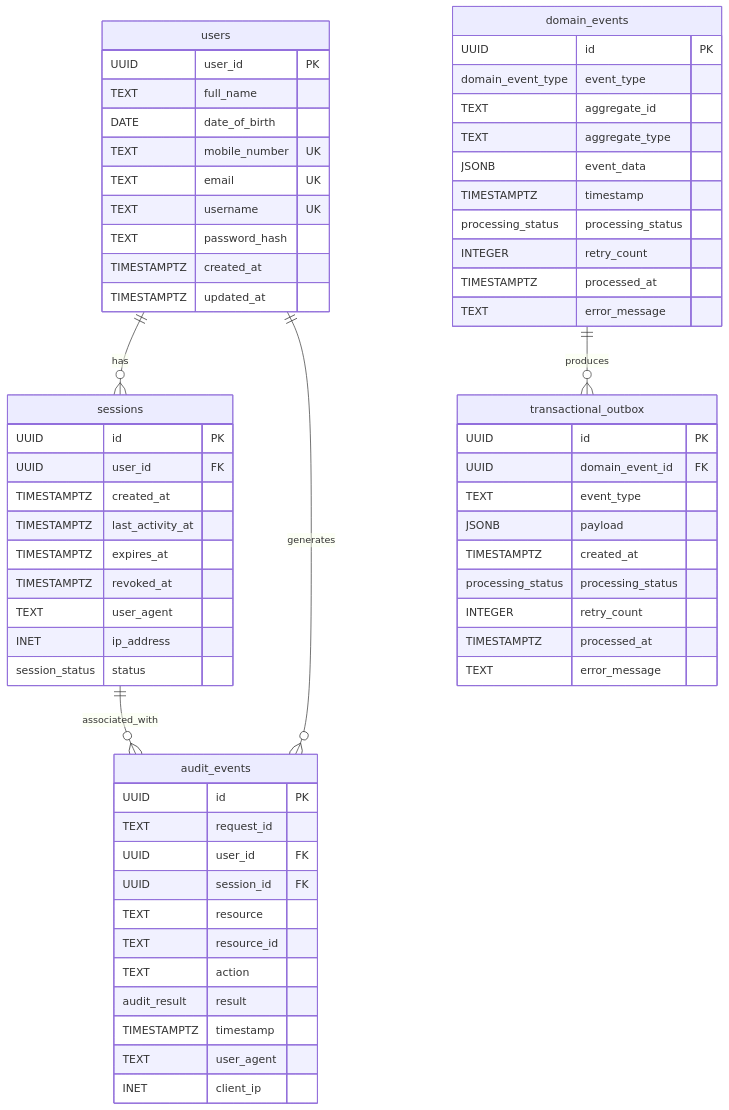
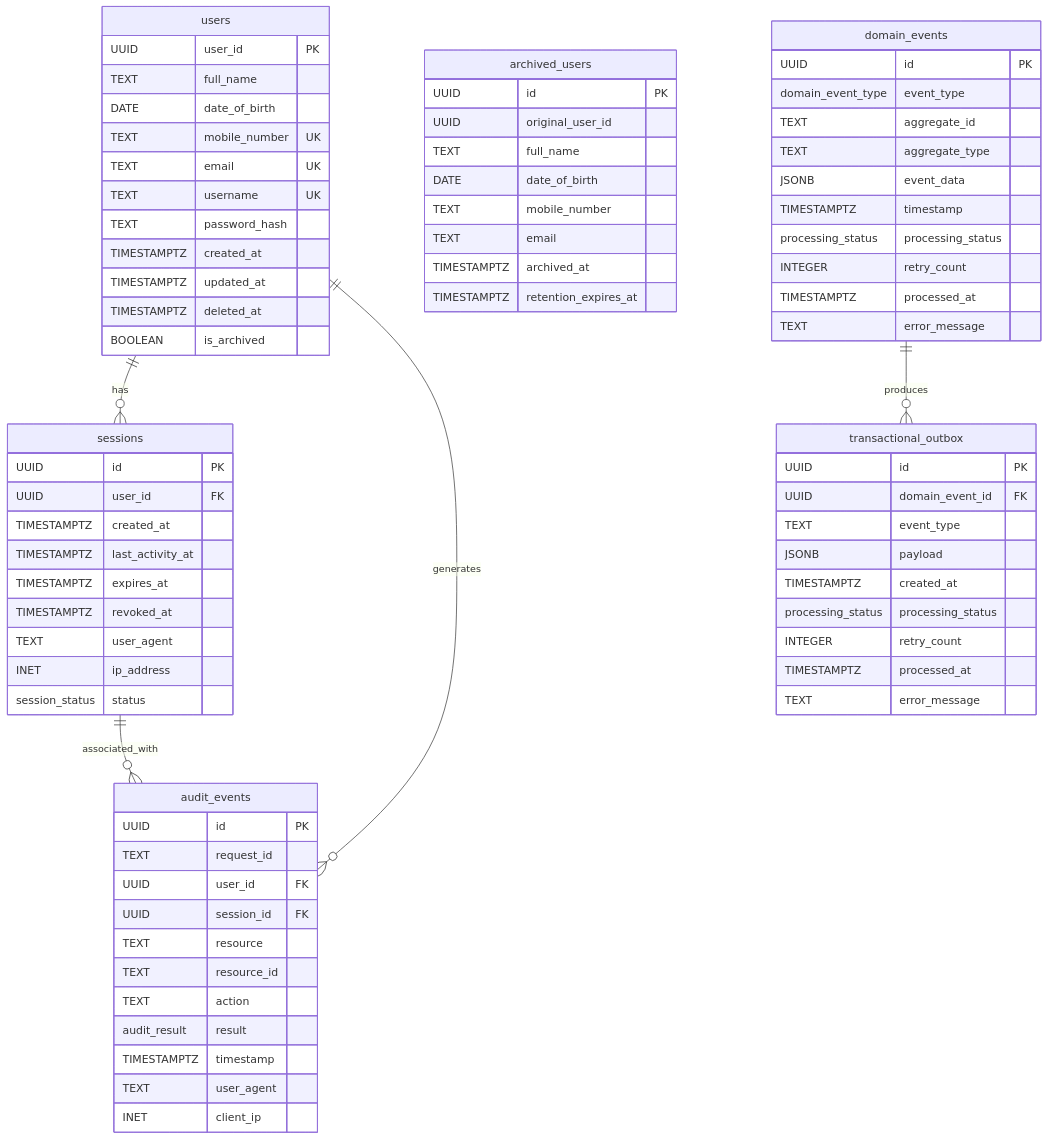
One commit to swamydkv/artha-kosha changed the diagram in docs/database.md. Above: the diagram before and after it, drawn with Mermaid. The commit also changed 66 other files, not shown here.

```diff
--- a/docs/database.md
+++ b/docs/database.md
@@ -16,6 +16,19 @@
         TEXT password_hash
         TIMESTAMPTZ created_at
         TIMESTAMPTZ updated_at
+        TIMESTAMPTZ deleted_at
+        BOOLEAN is_archived
+    }
+
+    archived_users {
+        UUID id PK
+        UUID original_user_id
+        TEXT full_name
+        DATE date_of_birth
+        TEXT mobile_number
+        TEXT email
+        TIMESTAMPTZ archived_at
+        TIMESTAMPTZ retention_expires_at
     }
 
     sessions {
```
